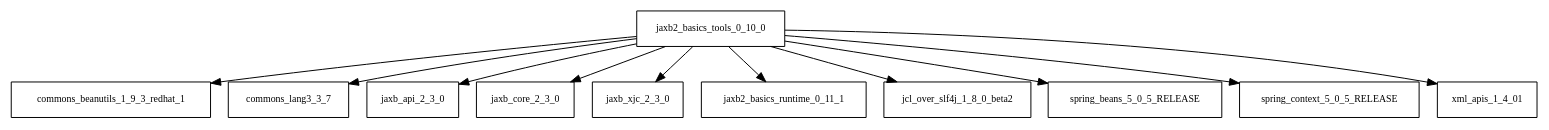
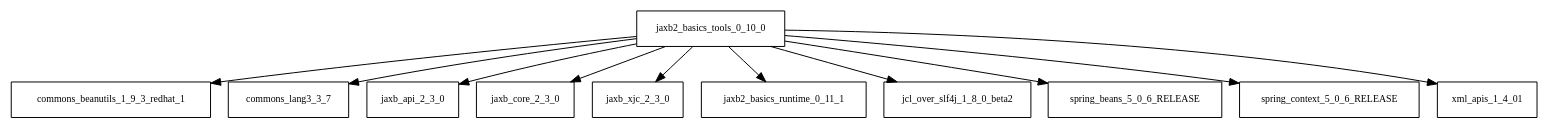
One commit to sjvs/cia changed the diagram in tattleTaleReport/graphviz/jaxb2-basics-tools-0.10.0.jar/jaxb2-basics-tools-0.10.0.jar.dot. Above: the diagram before and after it, drawn with Graphviz. The commit also changed 2298 other files, not shown here.

```diff
--- a/tattleTaleReport/graphviz/jaxb2-basics-tools-0.10.0.jar/jaxb2-basics-tools-0.10.0.jar.dot
+++ b/tattleTaleReport/graphviz/jaxb2-basics-tools-0.10.0.jar/jaxb2-basics-tools-0.10.0.jar.dot
@@ -1,13 +1,13 @@
 digraph jaxb2_basics_tools_0_10_0_dependencies {
   node [shape = box, fontsize=10.0];
   jaxb2_basics_tools_0_10_0 -> commons_beanutils_1_9_3_redhat_1;
   jaxb2_basics_tools_0_10_0 -> commons_lang3_3_7;
   jaxb2_basics_tools_0_10_0 -> jaxb_api_2_3_0;
   jaxb2_basics_tools_0_10_0 -> jaxb_core_2_3_0;
   jaxb2_basics_tools_0_10_0 -> jaxb_xjc_2_3_0;
   jaxb2_basics_tools_0_10_0 -> jaxb2_basics_runtime_0_11_1;
   jaxb2_basics_tools_0_10_0 -> jcl_over_slf4j_1_8_0_beta2;
-  jaxb2_basics_tools_0_10_0 -> spring_beans_5_0_5_RELEASE;
-  jaxb2_basics_tools_0_10_0 -> spring_context_5_0_5_RELEASE;
+  jaxb2_basics_tools_0_10_0 -> spring_beans_5_0_6_RELEASE;
+  jaxb2_basics_tools_0_10_0 -> spring_context_5_0_6_RELEASE;
   jaxb2_basics_tools_0_10_0 -> xml_apis_1_4_01;
 }
```
